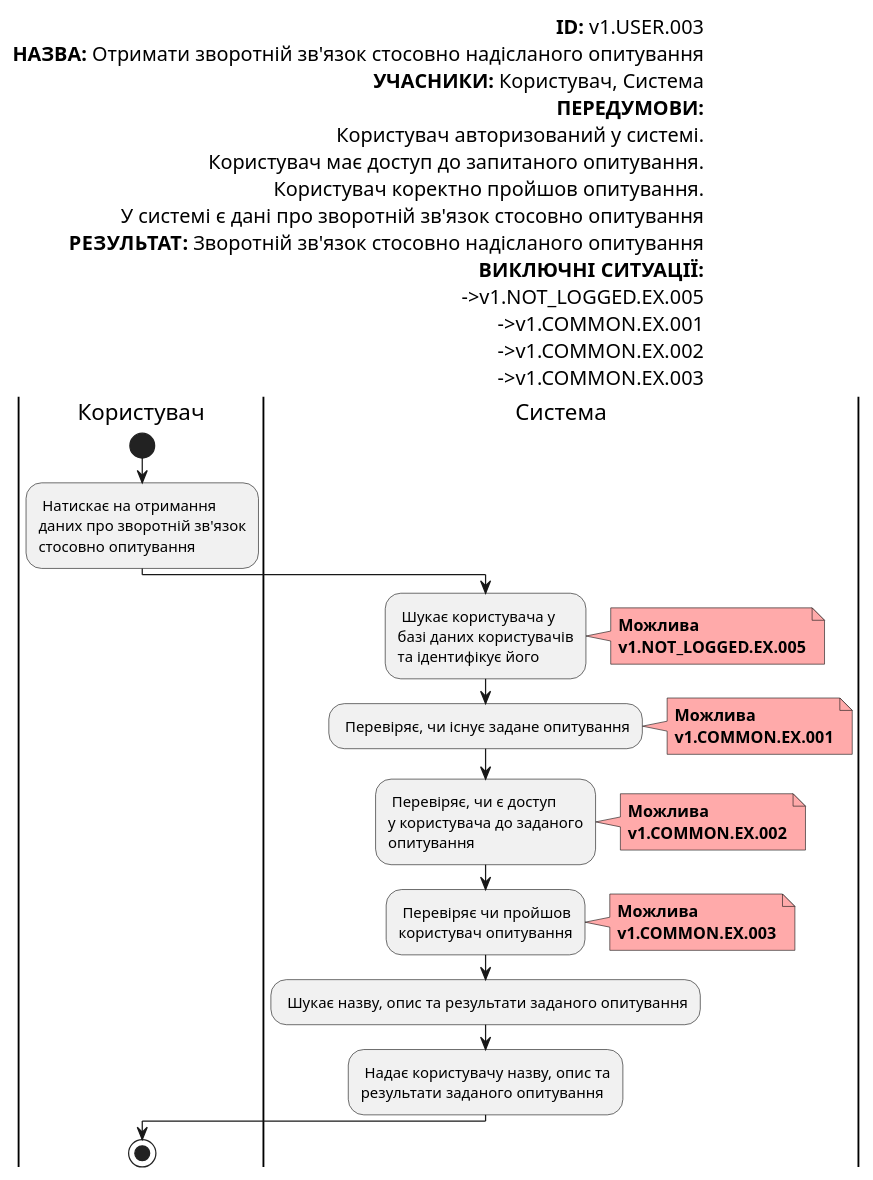
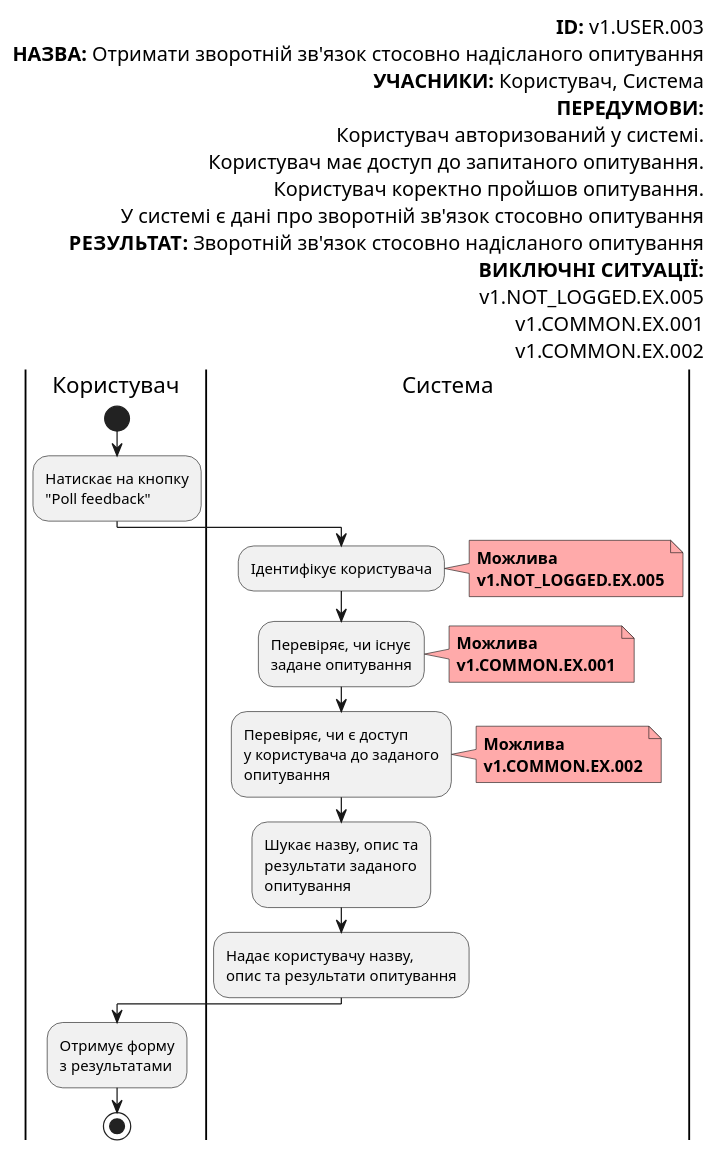
The ninth of 23 diagrams in docs/use-cases/README.md (gurug-prog/survey-expert), drawn with PlantUML before and after one commit. The commit also changed other lines of this file and 3 other files, not shown here.

Commit message:
Improve diagrams

```diff
--- a/docs/use-cases/README.md
+++ b/docs/use-cases/README.md
@@ -326,65 +341,64 @@
   @startuml
 
       left header
            <font color=000 size=16><b>ID:</b> v1.USER.003
            <font color=000 size=16><b>НАЗВА:</b> Отримати зворотній зв'язок стосовно надісланого опитування
            <font color=000 size=16><b>УЧАСНИКИ:</b> Користувач, Система
            <font color=000 size=16><b>ПЕРЕДУМОВИ:</b>
            <font color=000 size=16>Користувач авторизований у системі.
            <font color=000 size=16>Користувач має доступ до запитаного опитування.
            <font color=000 size=16>Користувач коректно пройшов опитування.
            <font color=000 size=16>У системі є дані про зворотній зв'язок стосовно опитування
            <font color=000 size=16><b>РЕЗУЛЬТАТ:</b> Зворотній зв'язок стосовно надісланого опитування
            <font color=000 size=16><b>ВИКЛЮЧНІ СИТУАЦІЇ:</b>
-           <font color=000 size=16>->v1.NOT_LOGGED.EX.005
-           <font color=000 size=16>->v1.COMMON.EX.001
-           <font color=000 size=16>->v1.COMMON.EX.002
-           <font color=000 size=16>->v1.COMMON.EX.003
+           <font color=000 size=16>v1.NOT_LOGGED.EX.005
+           <font color=000 size=16>v1.COMMON.EX.001
+           <font color=000 size=16>v1.COMMON.EX.002
        end header
+
        |Користувач|
            start
-           : Натискає на отримання
-           даних про зворотній зв'язок
-           стосовно опитування;
+
+           :Натискає на кнопку
+           "Poll feedback";
+
        |Система|
-           : Шукає користувача у
-           базі даних користувачів
-           та ідентифікує його;
+           :Ідентифікує користувача;
 
            note right #ffaaaa
            <b>Можлива</b>
            <b>v1.NOT_LOGGED.EX.005</b>
            end note
 
-           : Перевіряє, чи існує задане опитування;
+           :Перевіряє, чи існує
+           задане опитування;
 
            note right #ffaaaa
            <b>Можлива</b>
            <b>v1.COMMON.EX.001</b>
            end note
 
-           : Перевіряє, чи є доступ
+           :Перевіряє, чи є доступ
            у користувача до заданого
            опитування;
 
            note right #ffaaaa
            <b>Можлива</b>
            <b>v1.COMMON.EX.002</b>
            end note
 
-           : Перевіряє чи пройшов
-           користувач опитування;
+           :Шукає назву, опис та
+           результати заданого
+           опитування;
 
-           note right #ffaaaa
-           <b>Можлива</b>
-           <b>v1.COMMON.EX.003</b>
-           end note
+           :Надає користувачу назву,
+           опис та результати опитування;
 
-           : Шукає назву, опис та результати заданого опитування;
+       |Користувач|
 
-           : Надає користувачу назву, опис та 
-           результати заданого опитування;
-       |Користувач|
+            :Отримує форму
+            з результатами;
+
            stop;
 
   @enduml
```
